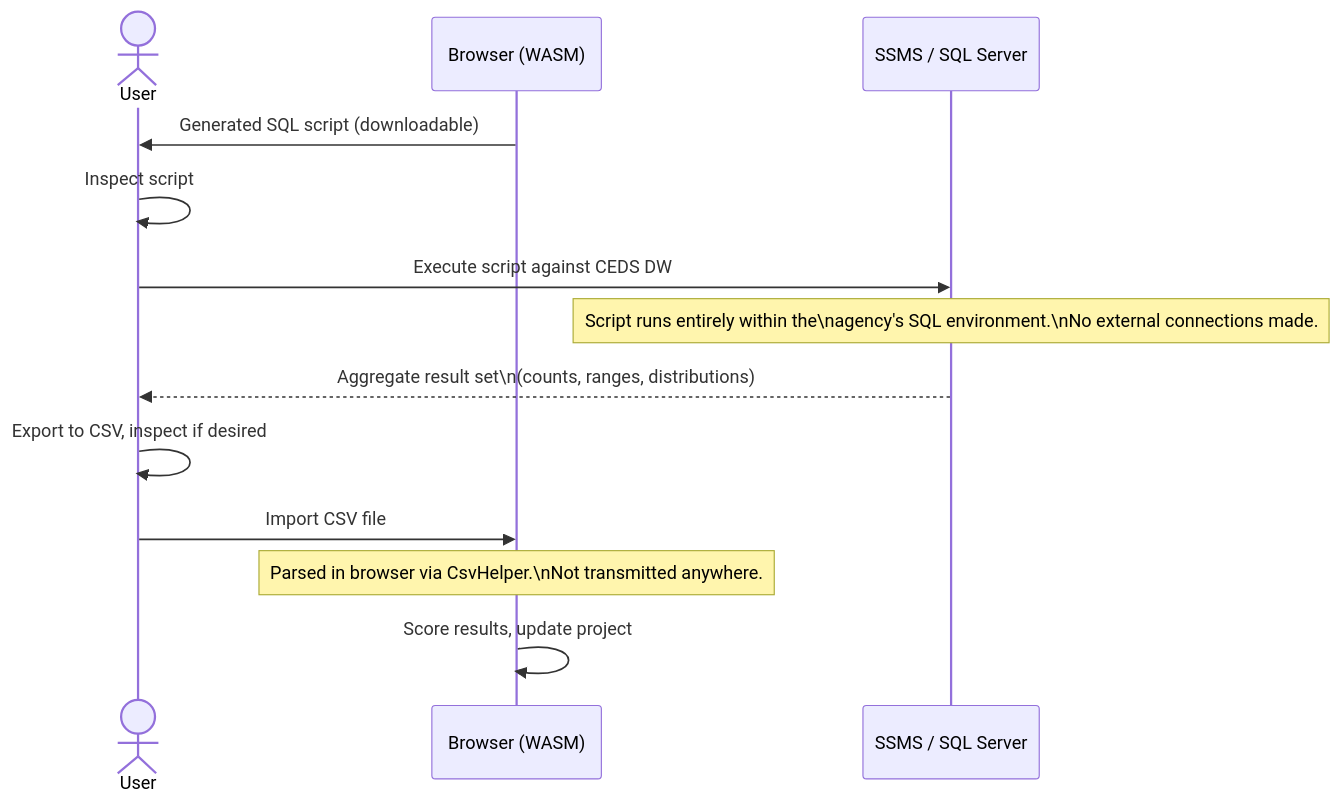
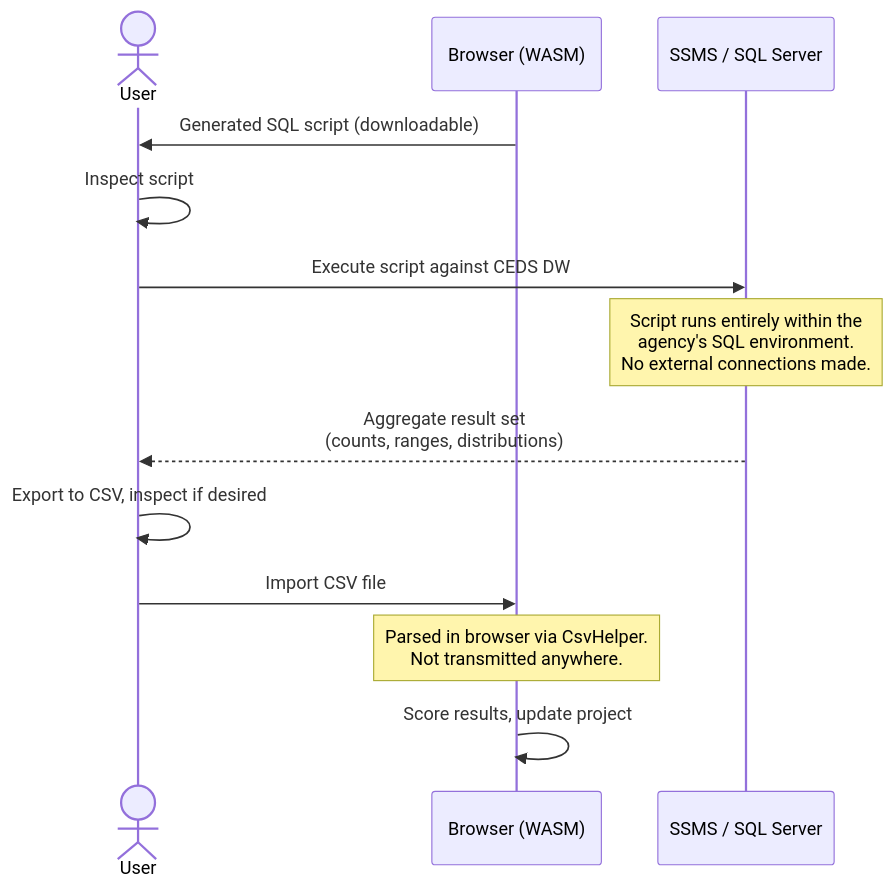
One commit to E-W-Framework-Analysis-Tool/E-W-Framework-Analysis-Tool changed the fourth of 5 diagrams in docs/technical-overview.md. Above: the diagram before and after it, drawn with Mermaid. The commit also changed other lines of this file, not shown here.

Commit message:
Update technical overview doc with diagrams

````diff
--- a/docs/technical-overview.md
+++ b/docs/technical-overview.md
@@ -112,16 +161,16 @@
 ```mermaid
 sequenceDiagram
     actor User
     participant Browser as Browser (WASM)
     participant SSMS as SSMS / SQL Server
 
     Browser->>User: Generated SQL script (downloadable)
     User->>User: Inspect script
     User->>SSMS: Execute script against CEDS DW
-    Note over SSMS: Script runs entirely within the\nagency's SQL environment.\nNo external connections made.
-    SSMS-->>User: Aggregate result set\n(counts, ranges, distributions)
+    Note over SSMS: Script runs entirely within the<br/>agency's SQL environment.<br/>No external connections made.
+    SSMS-->>User: Aggregate result set<br/>(counts, ranges, distributions)
     User->>User: Export to CSV, inspect if desired
     User->>Browser: Import CSV file
-    Note over Browser: Parsed in browser via CsvHelper.\nNot transmitted anywhere.
+    Note over Browser: Parsed in browser via CsvHelper.<br/>Not transmitted anywhere.
     Browser->>Browser: Score results, update project
 ```
````
